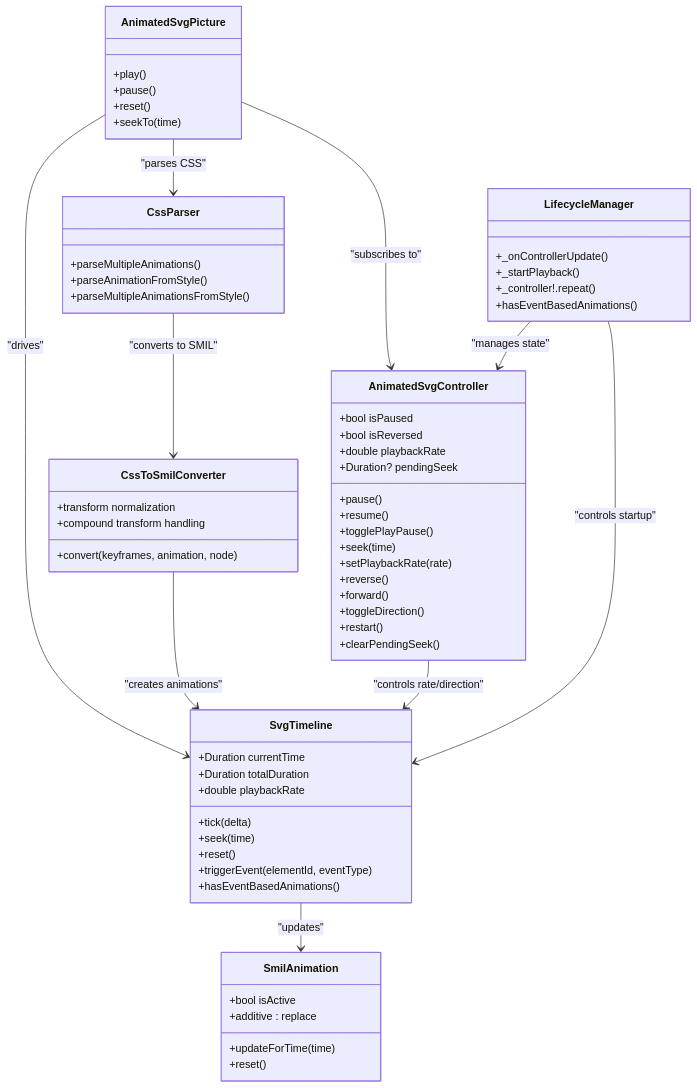
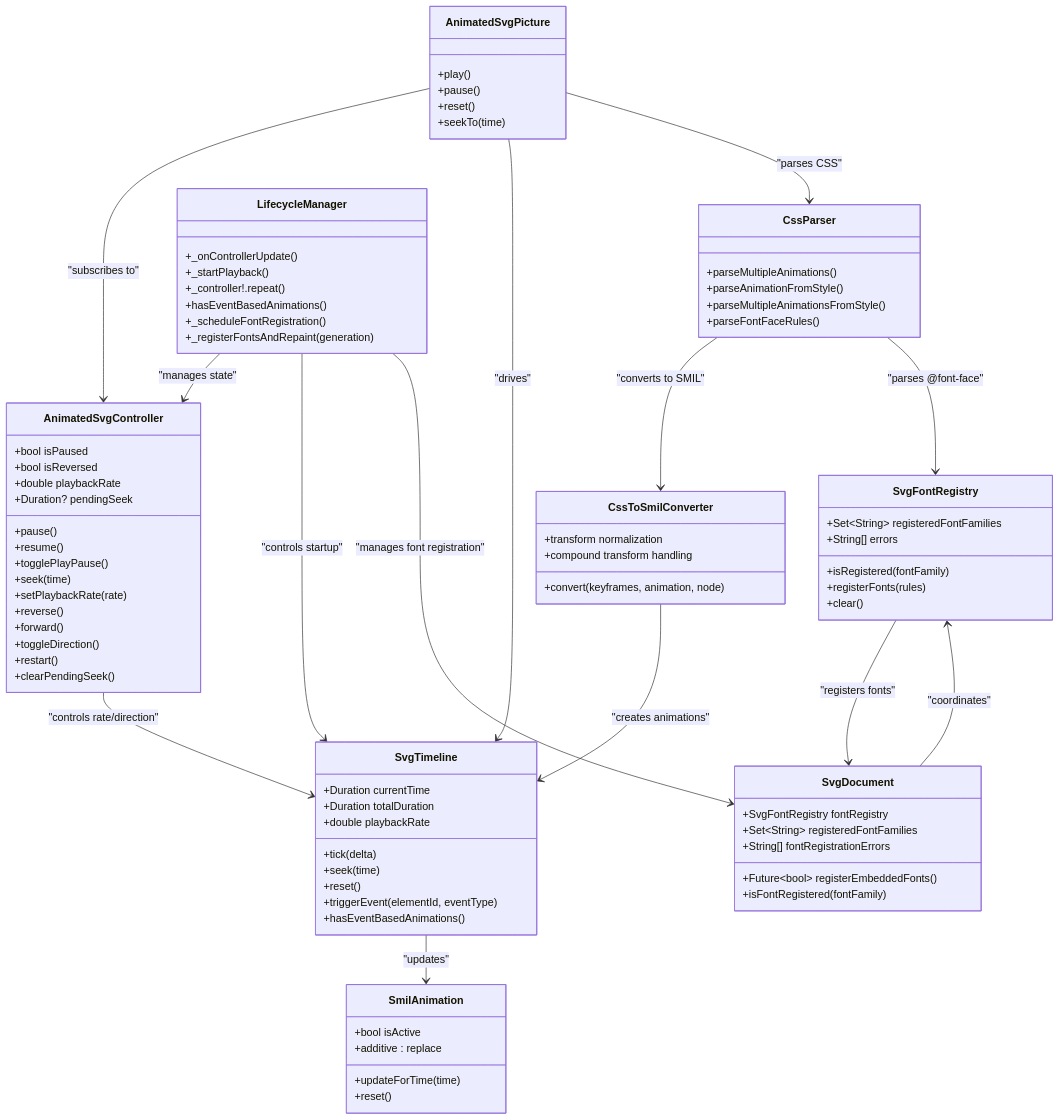
Before and after one commit to denisnadey/flutter_full_svg_support: the third of 3 diagrams in .qoder/repowiki/en/content/Animated SVG Support/Animation Control and Playback.md, drawn with Mermaid. The commit also changed other lines of this file and 13 other files, not shown here.

First line of the commit message:
feat(svg-font): integrate font registration lifecycle with animated SVG rendering

````diff
--- a/.qoder/repowiki/en/content/Animated SVG Support/Animation Control and Playback.md
+++ b/.qoder/repowiki/en/content/Animated SVG Support/Animation Control and Playback.md
@@ -653,25 +817,46 @@
 +parseMultipleAnimations()
 +parseAnimationFromStyle()
 +parseMultipleAnimationsFromStyle()
++parseFontFaceRules()
 }
 class CssToSmilConverter {
 +convert(keyframes, animation, node)
 +transform normalization
 +compound transform handling
 }
+class SvgFontRegistry {
++Set~String~ registeredFontFamilies
++String[] errors
++isRegistered(fontFamily)
++registerFonts(rules)
++clear()
+}
+class SvgDocument {
++SvgFontRegistry fontRegistry
++Set~String~ registeredFontFamilies
++Future~bool~ registerEmbeddedFonts()
++String[] fontRegistrationErrors
++isFontRegistered(fontFamily)
+}
 class LifecycleManager {
 +_onControllerUpdate()
 +_startPlayback()
 +_controller!.repeat()
 +hasEventBasedAnimations()
++_scheduleFontRegistration()
++_registerFontsAndRepaint(generation)
 }
 AnimatedSvgPicture --> AnimatedSvgController : "subscribes to"
 AnimatedSvgPicture --> SvgTimeline : "drives"
 SvgTimeline --> SmilAnimation : "updates"
 AnimatedSvgPicture --> CssParser : "parses CSS"
 CssParser --> CssToSmilConverter : "converts to SMIL"
+CssParser --> SvgFontRegistry : "parses @font-face"
 CssToSmilConverter --> SvgTimeline : "creates animations"
+SvgDocument --> SvgFontRegistry : "coordinates"
+SvgFontRegistry --> SvgDocument : "registers fonts"
 AnimatedSvgController --> SvgTimeline : "controls rate/direction"
 LifecycleManager --> AnimatedSvgController : "manages state"
 LifecycleManager --> SvgTimeline : "controls startup"
+LifecycleManager --> SvgDocument : "manages font registration"
 ```
````
